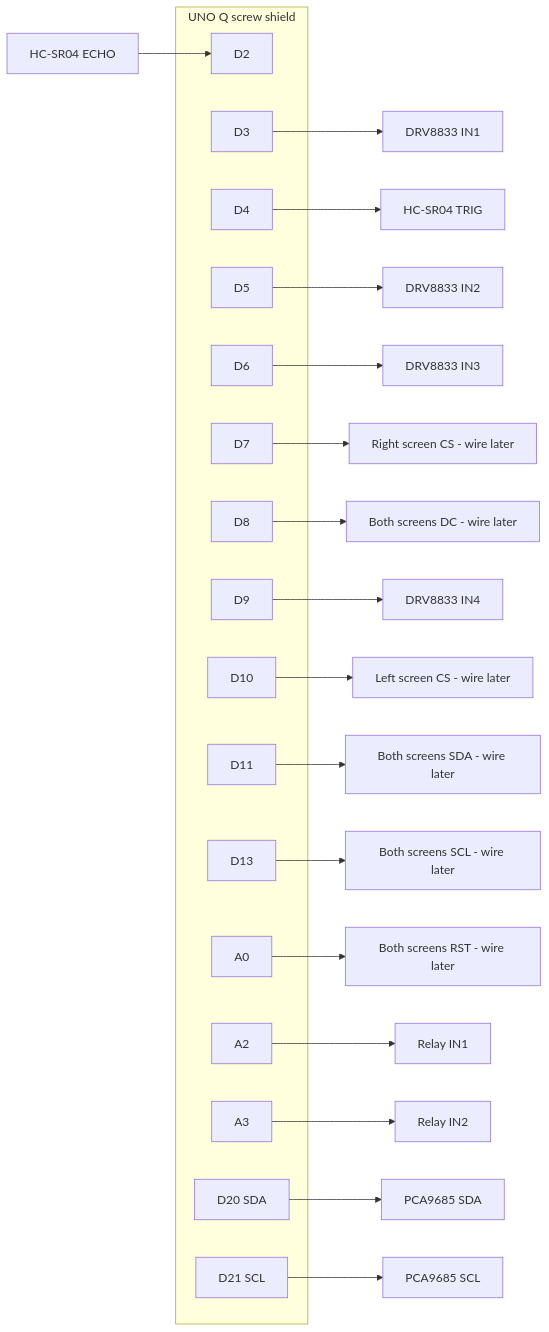
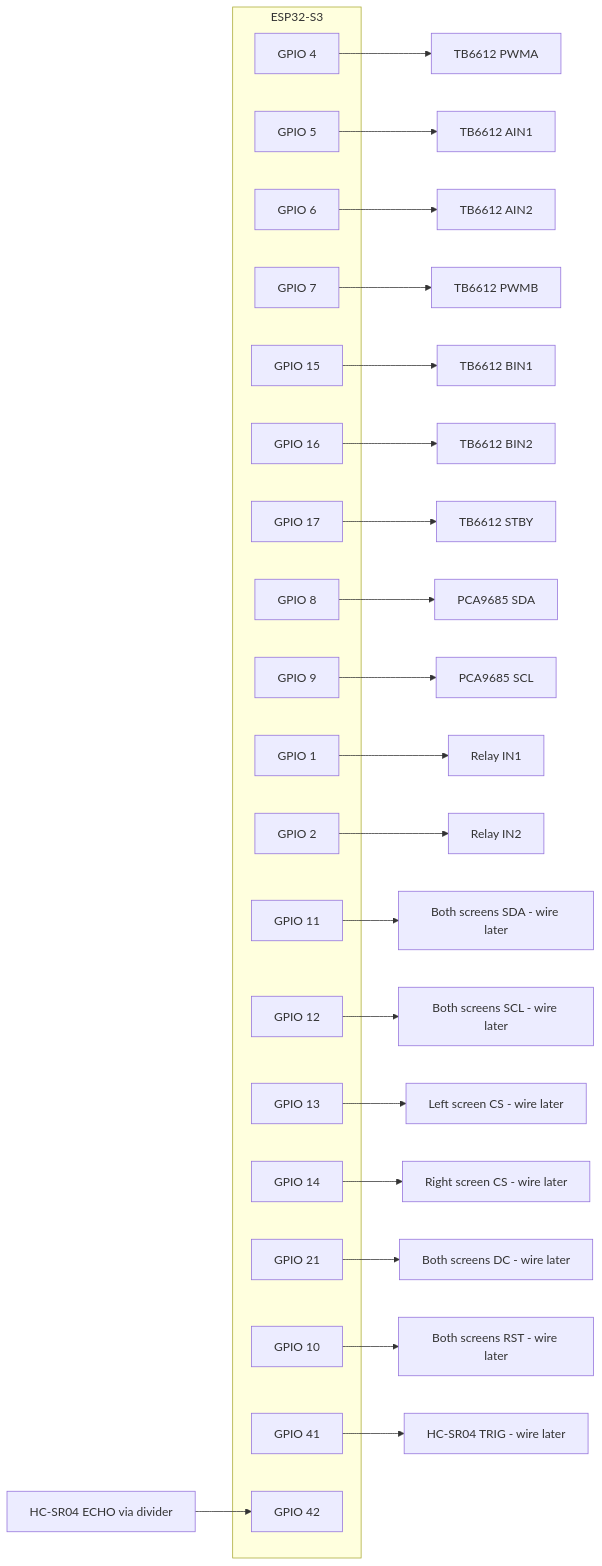
Before and after one commit to ms95ir-ctrl/Abadi_Rover: the third of 4 diagrams in wiring.md, drawn with Mermaid. The commit also changed other lines of this file and 8 other files, not shown here.

````diff
--- a/wiring.md
+++ b/wiring.md
@@ -83,42 +84,48 @@
 ```mermaid
 flowchart LR
-    subgraph uno [UNO Q screw shield]
-        D2["D2"]
-        D3["D3"]
-        D4["D4"]
-        D5["D5"]
-        D6["D6"]
-        D7["D7"]
-        D8["D8"]
-        D9["D9"]
-        D10["D10"]
-        D11["D11"]
-        D13["D13"]
-        A0["A0"]
-        A2["A2"]
-        A3["A3"]
-        D20["D20 SDA"]
-        D21["D21 SCL"]
+    subgraph esp [ESP32-S3]
+        G4["GPIO 4"]
+        G5["GPIO 5"]
+        G6["GPIO 6"]
+        G7["GPIO 7"]
+        G15["GPIO 15"]
+        G16["GPIO 16"]
+        G17["GPIO 17"]
+        G8["GPIO 8"]
+        G9["GPIO 9"]
+        G1["GPIO 1"]
+        G2["GPIO 2"]
+        G11["GPIO 11"]
+        G12["GPIO 12"]
+        G13["GPIO 13"]
+        G14["GPIO 14"]
+        G21["GPIO 21"]
+        G10["GPIO 10"]
+        G41["GPIO 41"]
+        G42["GPIO 42"]
     end
 
-    D3 --> IN1["DRV8833 IN1"]
-    D5 --> IN2["DRV8833 IN2"]
-    D6 --> IN3["DRV8833 IN3"]
-    D9 --> IN4["DRV8833 IN4"]
+    G4 --> PWMA["TB6612 PWMA"]
+    G5 --> AIN1["TB6612 AIN1"]
+    G6 --> AIN2["TB6612 AIN2"]
+    G7 --> PWMB["TB6612 PWMB"]
+    G15 --> BIN1["TB6612 BIN1"]
+    G16 --> BIN2["TB6612 BIN2"]
+    G17 --> STBY["TB6612 STBY"]
 
-    D4 --> Trig["HC-SR04 TRIG"]
-    Echo["HC-SR04 ECHO"] --> D2
+    G41 --> Trig["HC-SR04 TRIG - wire later"]
+    Echo["HC-SR04 ECHO via divider"] --> G42
 
-    D20 --> PSDA["PCA9685 SDA"]
-    D21 --> PSCL["PCA9685 SCL"]
+    G8 --> PSDA["PCA9685 SDA"]
+    G9 --> PSCL["PCA9685 SCL"]
 
-    A2 --> R1["Relay IN1"]
-    A3 --> R2["Relay IN2"]
+    G1 --> R1["Relay IN1"]
+    G2 --> R2["Relay IN2"]
 
-    D10 --> LCS["Left screen CS - wire later"]
-    D7 --> RCS["Right screen CS - wire later"]
-    D8 --> DC["Both screens DC - wire later"]
-    A0 --> RST["Both screens RST - wire later"]
-    D11 --> SDA["Both screens SDA - wire later"]
-    D13 --> SCL["Both screens SCL - wire later"]
+    G13 --> LCS["Left screen CS - wire later"]
+    G14 --> RCS["Right screen CS - wire later"]
+    G21 --> DC["Both screens DC - wire later"]
+    G10 --> RST["Both screens RST - wire later"]
+    G11 --> SDA["Both screens SDA - wire later"]
+    G12 --> SCL["Both screens SCL - wire later"]
 ```
````
